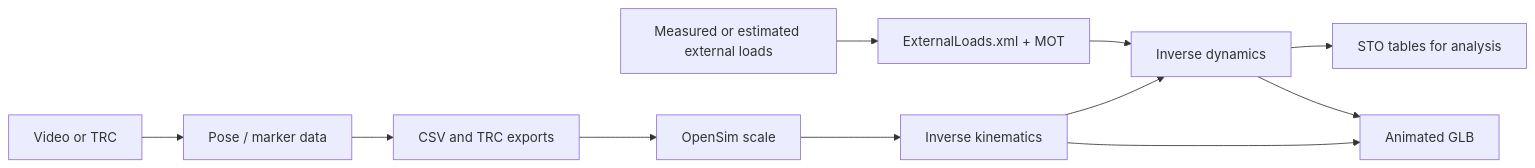
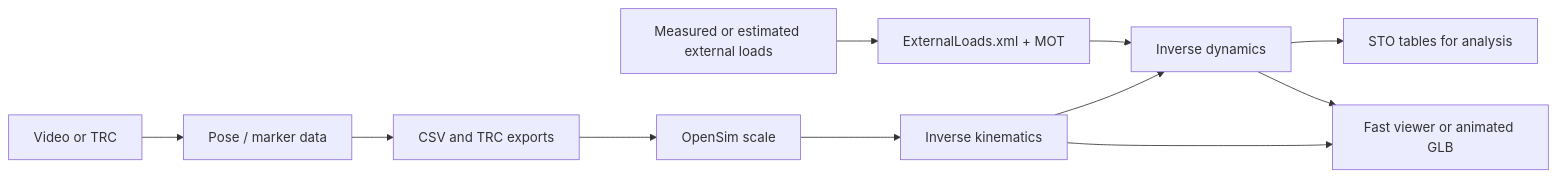
The diagram in docs/index.md (chags1313/monomech), drawn with Mermaid before and after one commit. The commit also changed other lines of this file and 9 other files, not shown here.

Commit message:
Add fast no-GLB OpenSim visualizer

````diff
--- a/docs/index.md
+++ b/docs/index.md
@@ -57,13 +57,13 @@
 ```mermaid
 flowchart LR
   A["Video or TRC"] --> B["Pose / marker data"]
   B --> C["CSV and TRC exports"]
   C --> D["OpenSim scale"]
   D --> E["Inverse kinematics"]
   F["Measured or estimated external loads"] --> G["ExternalLoads.xml + MOT"]
   E --> H["Inverse dynamics"]
   G --> H
   H --> I["STO tables for analysis"]
-  E --> J["Animated GLB"]
+  E --> J["Fast viewer or animated GLB"]
   H --> J
 ```
````
